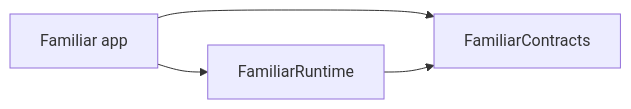
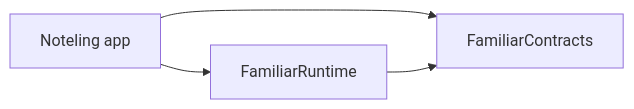
Before and after one commit to isought/Familiar: the first of 3 diagrams in docs/architecture/next-phase-structure.md, drawn with Mermaid. The commit also changed other lines of this file and 83 other files, not shown here.

````diff
--- a/docs/architecture/next-phase-structure.md
+++ b/docs/architecture/next-phase-structure.md
@@ -123,6 +123,6 @@
 ```mermaid
 flowchart LR
-    App[Familiar app] --> Runtime[FamiliarRuntime]
+    App[Noteling app] --> Runtime[FamiliarRuntime]
     App --> Contracts[FamiliarContracts]
     Runtime --> Contracts
 ```
````
